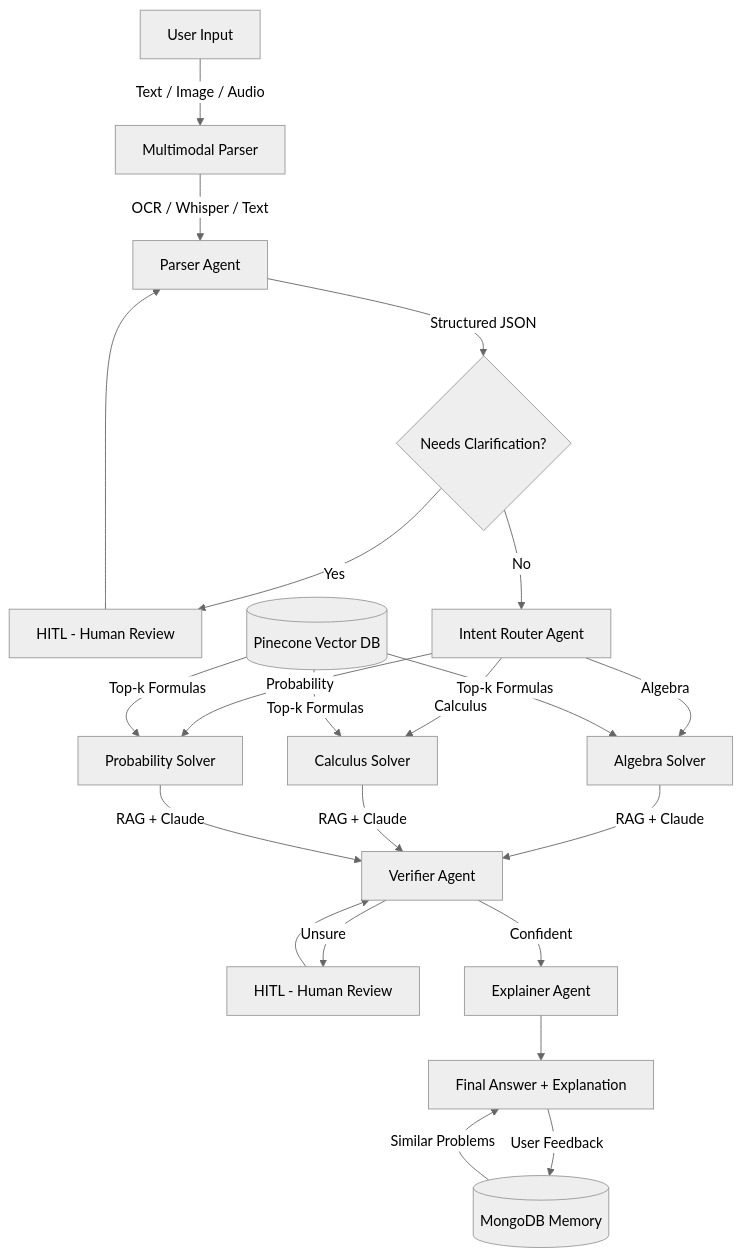
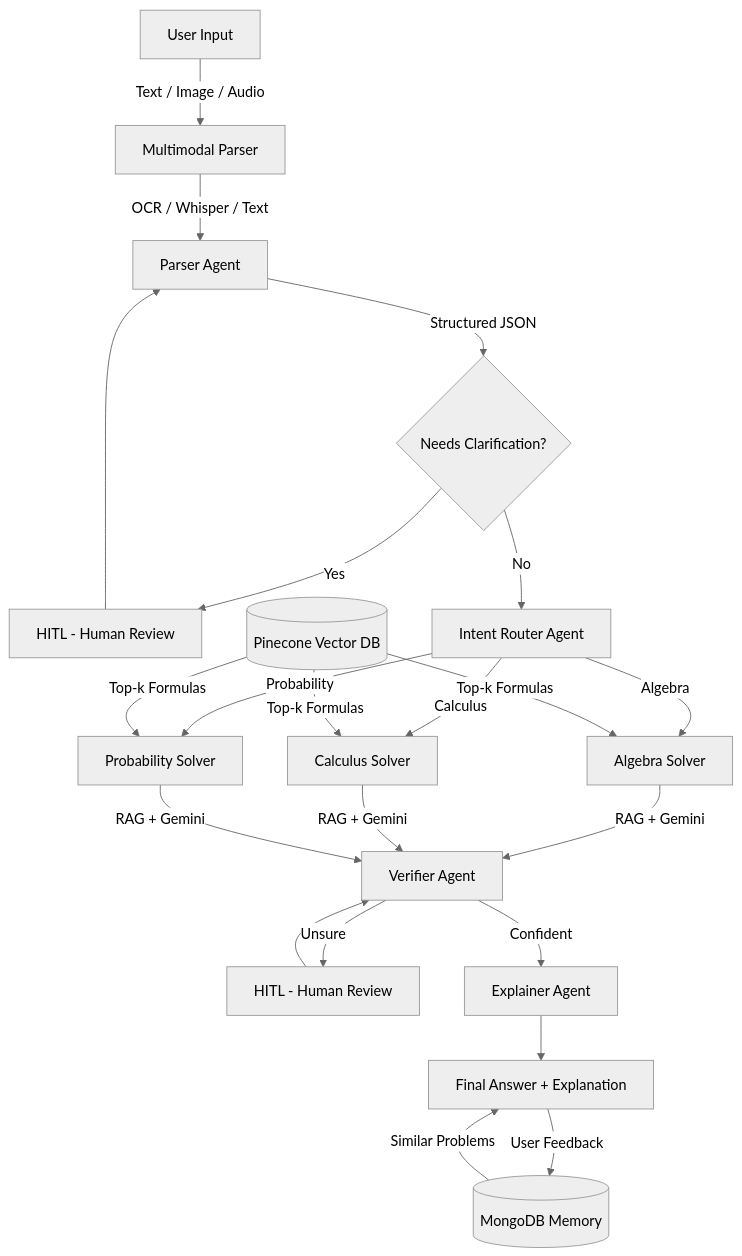
The diagram in README.md (Saianeesh2003/math-mentor), drawn with Mermaid (neutral theme) before and after one commit. The commit also changed other lines of this file and 4 other files, not shown here.

````diff
--- a/README.md
+++ b/README.md
@@ -10,20 +10,20 @@
 ```mermaid
 graph TD
     A[User Input] -->|Text / Image / Audio| B[Multimodal Parser]
     B -->|OCR / Whisper / Text| C[Parser Agent]
     C -->|Structured JSON| D{Needs Clarification?}
     D -->|Yes| E[HITL - Human Review]
     E --> C
     D -->|No| F[Intent Router Agent]
     F -->|Algebra| G[Algebra Solver]
     F -->|Calculus| H[Calculus Solver]
     F -->|Probability| I[Probability Solver]
-    G & H & I -->|RAG + Claude| J[Verifier Agent]
+    G & H & I -->|RAG + Gemini| J[Verifier Agent]
     J -->|Unsure| K[HITL - Human Review]
     K --> J
     J -->|Confident| L[Explainer Agent]
     L --> M[Final Answer + Explanation]
     M -->|User Feedback| N[(MongoDB Memory)]
     N -->|Similar Problems| M
     O[(Pinecone Vector DB)] -->|Top-k Formulas| G & H & I
 ```
````
